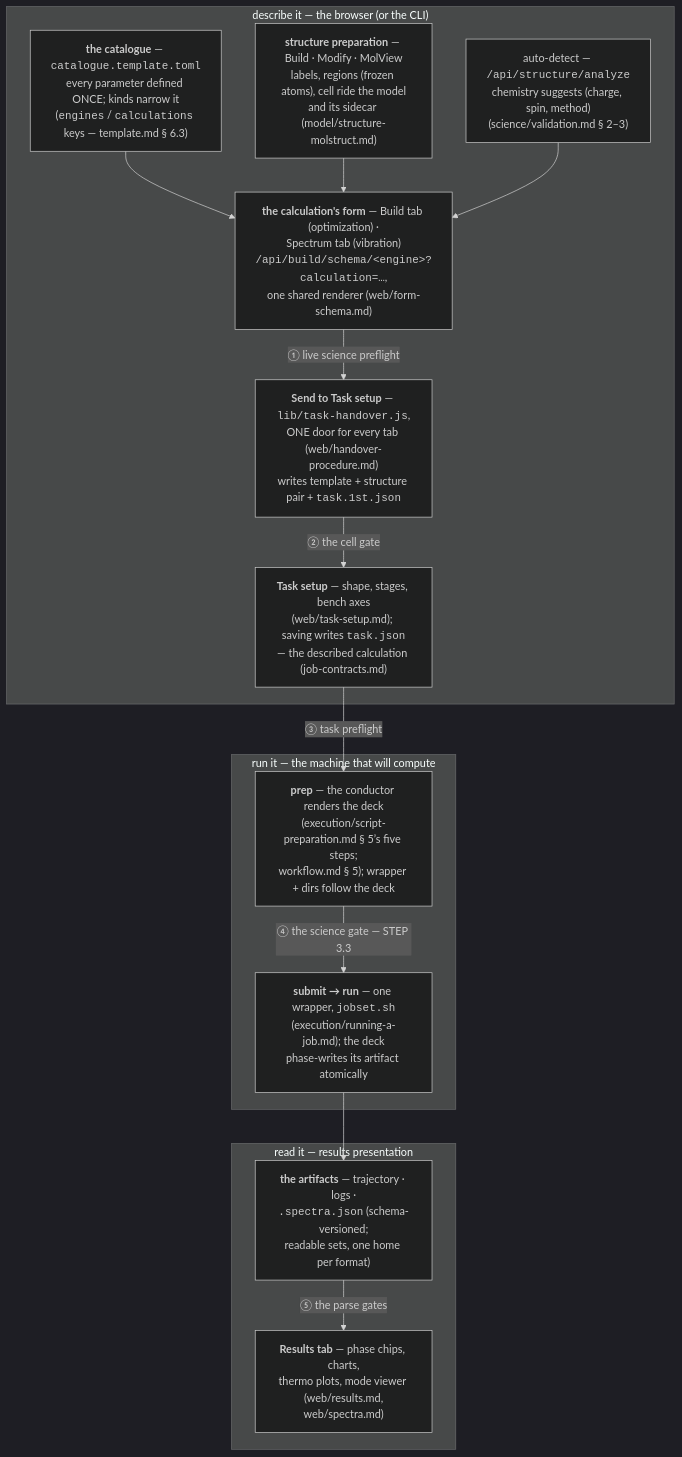
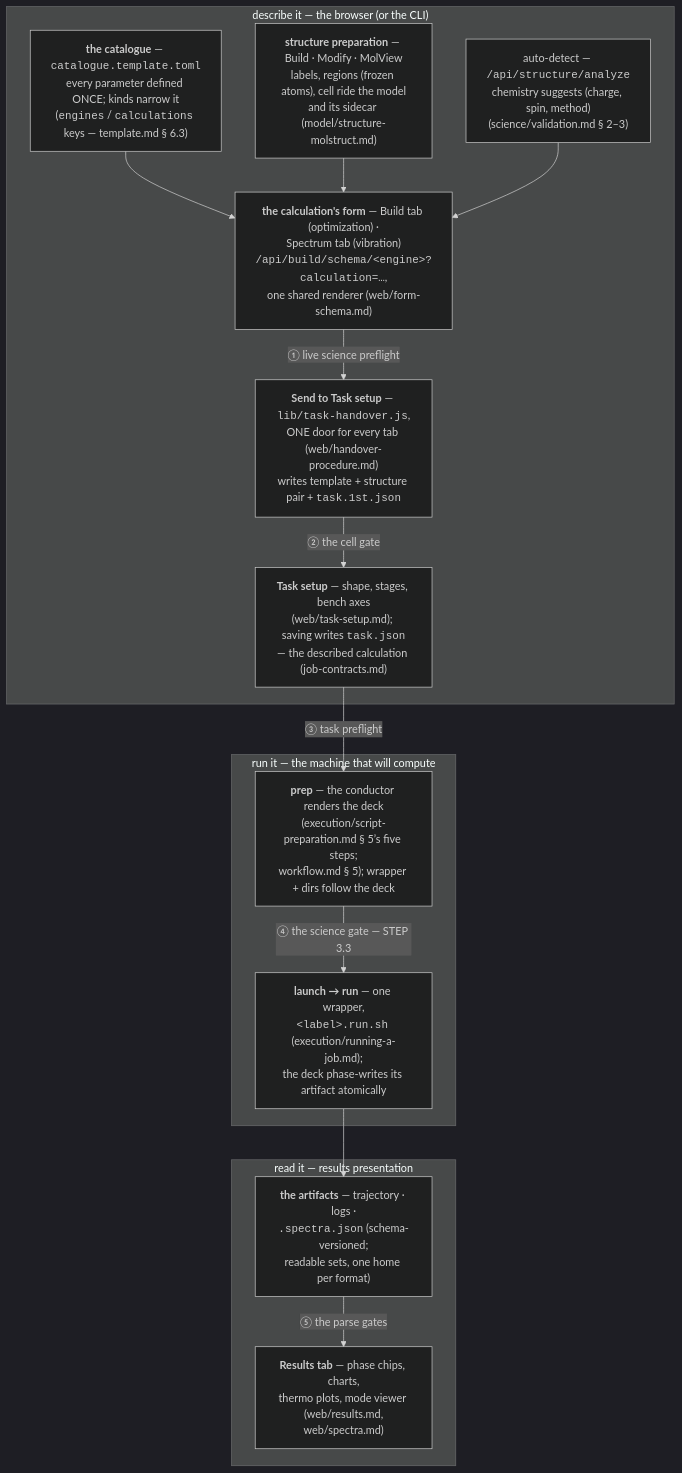
The fourth of 4 diagrams in docs/workflow.md (Qing-LAB/molbuilder), drawn with Mermaid (dark theme) before and after one commit. The commit also changed other lines of this file and 48 other files, not shown here.

First line of the commit message:
refactor(paths+verbs)!: one door to the tree, one way to name a job, one fence

````diff
--- a/docs/workflow.md
+++ b/docs/workflow.md
@@ -442,29 +478,29 @@
 ```mermaid
 flowchart TB
     subgraph DESCRIBE["describe it — the browser (or the CLI)"]
         CAT["<b>the catalogue</b> — <code>catalogue.template.toml</code><br/>every parameter defined ONCE; kinds narrow it<br/>(<code>engines</code> / <code>calculations</code> keys — template.md § 6.3)"]
         STRUCT["<b>structure preparation</b> — Build · Modify · MolView<br/>labels, regions (frozen atoms), cell ride the model<br/>and its sidecar (model/structure-molstruct.md)"]
         FORM["<b>the calculation's form</b> — Build tab (optimization) ·<br/>Spectrum tab (vibration)<br/><code>/api/build/schema/&lt;engine&gt;?calculation=…</code>,<br/>one shared renderer (web/form-schema.md)"]
         DETECT["auto-detect — <code>/api/structure/analyze</code><br/>chemistry suggests (charge, spin, method)<br/>(science/validation.md § 2–3)"]
         SEND["<b>Send to Task setup</b> — <code>lib/task-handover.js</code>,<br/>ONE door for every tab (web/handover-procedure.md)<br/>writes template + structure pair + <code>task.1st.json</code>"]
         TS["<b>Task setup</b> — shape, stages, bench axes<br/>(web/task-setup.md); saving writes <code>task.json</code><br/>— the described calculation (job-contracts.md)"]
     end
     subgraph MACHINE["run it — the machine that will compute"]
         PREP["<b>prep</b> — the conductor renders the deck<br/>(execution/script-preparation.md § 5’s five steps;<br/>workflow.md § 5); wrapper + dirs follow the deck"]
-        RUN["<b>submit → run</b> — one wrapper, <code>jobset.sh</code><br/>(execution/running-a-job.md); the deck<br/>phase-writes its artifact atomically"]
+        RUN["<b>launch → run</b> — one wrapper,<br/><code>&lt;label&gt;.run.sh</code> (execution/running-a-job.md);<br/>the deck phase-writes its artifact atomically"]
     end
     subgraph READ["read it — results presentation"]
         ART["<b>the artifacts</b> — trajectory · logs ·<br/><code>.spectra.json</code> (schema-versioned;<br/>readable sets, one home per format)"]
         RES["<b>Results tab</b> — phase chips, charts,<br/>thermo plots, mode viewer (web/results.md,<br/>web/spectra.md)"]
     end
 
     CAT --> FORM
     STRUCT --> FORM
     DETECT --> FORM
     FORM -->|"① live science preflight"| SEND
     SEND -->|"② the cell gate"| TS
     TS -->|"③ task preflight"| PREP
     PREP -->|"④ the science gate — STEP 3.3"| RUN
     RUN --> ART
     ART -->|"⑤ the parse gates"| RES
 ```
````
